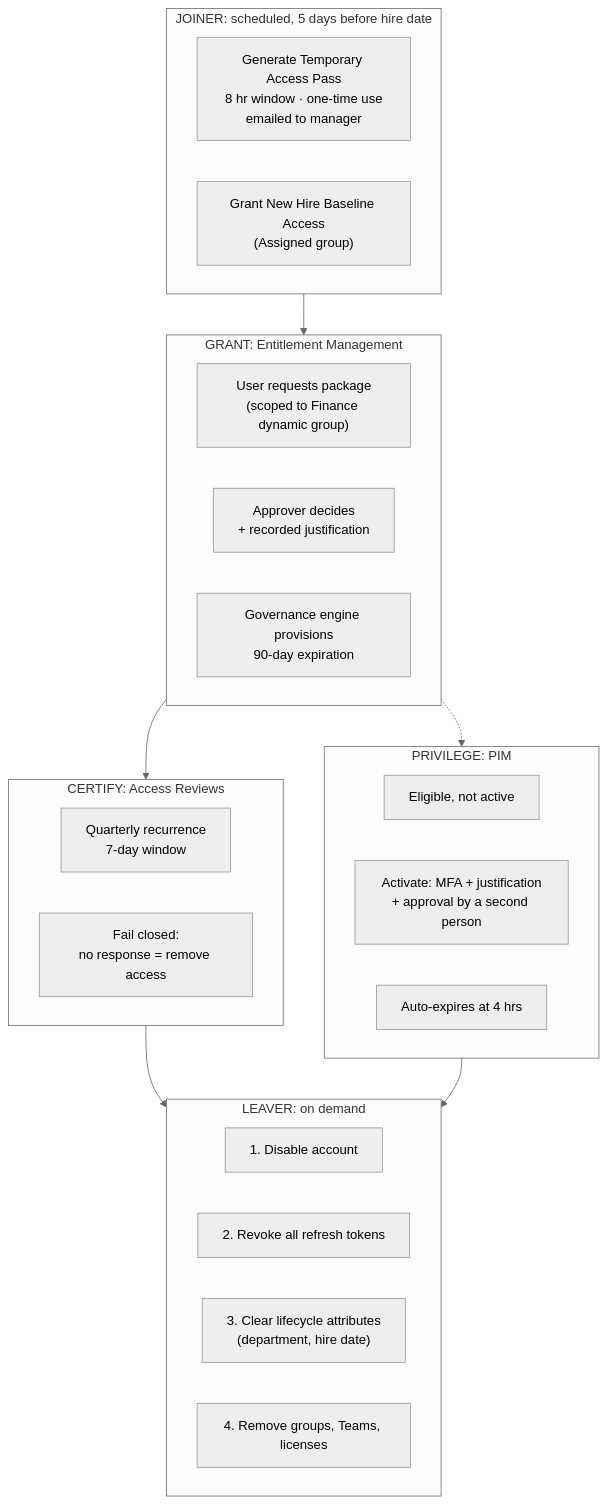
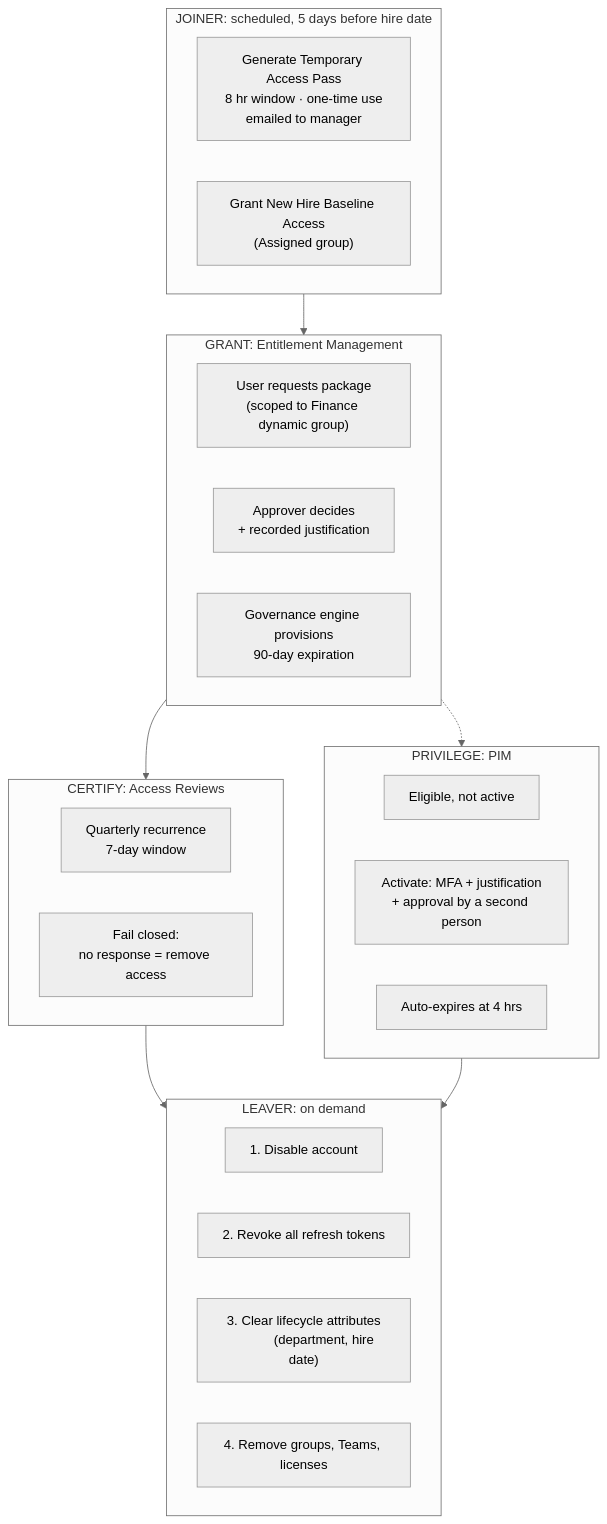
The diagram in labs/2-entra-identity-governance/README.md (mukhoury/iam-portfolio), drawn with Mermaid (neutral theme) before and after one commit.

Commit message:
Fix line breaks in Lab 2 lifecycle diagram
Same defect as Lab 1: GitHub strips <br/> in flowchart labels, so all
nine multi-line nodes were rendering as run-together text.

````diff
--- a/labs/2-entra-identity-governance/README.md
+++ b/labs/2-entra-identity-governance/README.md
@@ -35,36 +35,46 @@
 ```mermaid
 flowchart TB
     subgraph J["JOINER: scheduled, 5 days before hire date"]
-        j1["Generate Temporary Access Pass<br/>8 hr window · one-time use<br/>emailed to manager"]
-        j2["Grant New Hire Baseline Access<br/>(Assigned group)"]
+        j1["`Generate Temporary Access Pass
+            8 hr window · one-time use
+            emailed to manager`"]
+        j2["`Grant New Hire Baseline Access
+            (Assigned group)`"]
     end
 
     subgraph G["GRANT: Entitlement Management"]
-        g1["User requests package<br/>(scoped to Finance dynamic group)"]
-        g2["Approver decides<br/>+ recorded justification"]
-        g3["Governance engine provisions<br/>90-day expiration"]
+        g1["`User requests package
+            (scoped to Finance dynamic group)`"]
+        g2["`Approver decides
+            + recorded justification`"]
+        g3["`Governance engine provisions
+            90-day expiration`"]
     end
 
     subgraph C["CERTIFY: Access Reviews"]
-        c1["Quarterly recurrence<br/>7-day window"]
-        c2["Fail closed:<br/>no response = remove access"]
+        c1["`Quarterly recurrence
+            7-day window`"]
+        c2["`Fail closed:
+            no response = remove access`"]
     end
 
     subgraph P["PRIVILEGE: PIM"]
         p1["Eligible, not active"]
-        p2["Activate: MFA + justification<br/>+ approval by a second person"]
+        p2["`Activate: MFA + justification
+            + approval by a second person`"]
         p3["Auto-expires at 4 hrs"]
     end
 
     subgraph L["LEAVER: on demand"]
         l1["1. Disable account"]
         l2["2. Revoke all refresh tokens"]
-        l3["3. Clear lifecycle attributes<br/>(department, hire date)"]
+        l3["`3. Clear lifecycle attributes
+            (department, hire date)`"]
         l4["4. Remove groups, Teams, licenses"]
     end
 
     J --> G --> C
     G -.-> P
     C --> L
     P --> L
 ```
````
